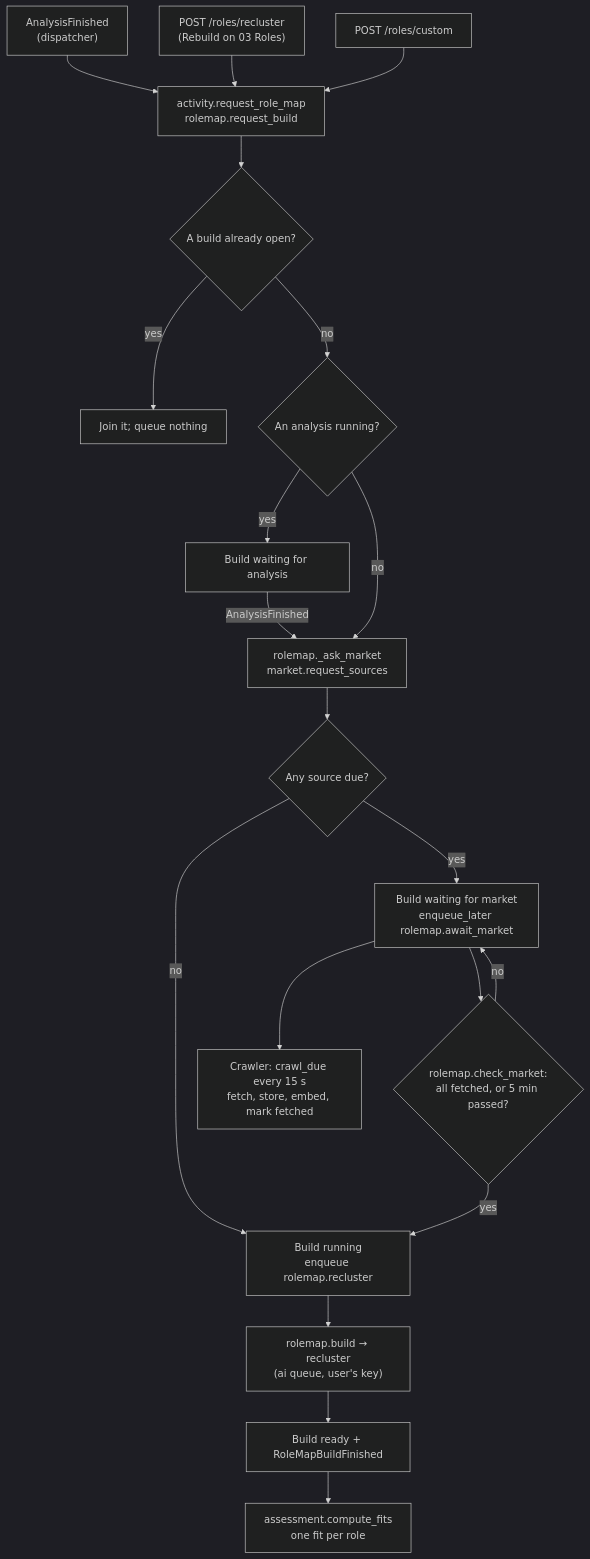
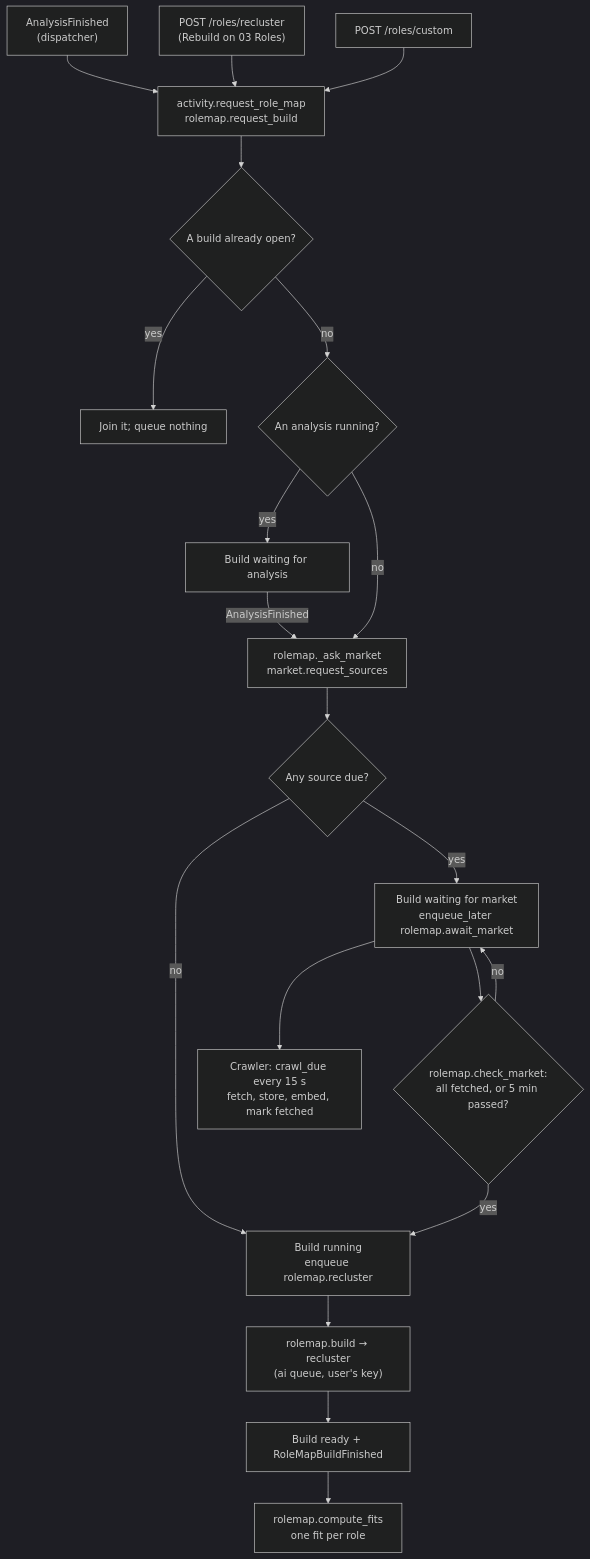
Before and after one commit to ycc789741ycc/career-polaris: the diagram in docs/technical/role-map-build.md, drawn with Mermaid (dark theme). The commit also changed other lines of this file and 69 other files, not shown here.

First line of the commit message:
refactor: score the fit in the role map, against the scores handed over

````diff
--- a/docs/technical/role-map-build.md
+++ b/docs/technical/role-map-build.md
@@ -15,26 +15,26 @@
 ```mermaid
 flowchart TD
     Analysis["AnalysisFinished<br>(dispatcher)"] --> Request
     Rebuild["POST /roles/recluster<br>(Rebuild on 03 Roles)"] --> Request
     Custom["POST /roles/custom"] --> Request
 
     Request["activity.request_role_map<br>rolemap.request_build"] --> Open{"A build already open?"}
     Open -->|"yes"| Join["Join it; queue nothing"]
     Open -->|"no"| Analysing{"An analysis running?"}
     Analysing -->|"yes"| WaitAnalysis["Build waiting for analysis"]
     WaitAnalysis -->|"AnalysisFinished"| Ask
     Analysing -->|"no"| Ask["rolemap._ask_market<br>market.request_sources"]
 
     Ask --> Due{"Any source due?"}
     Due -->|"no"| Start["Build running<br>enqueue rolemap.recluster"]
     Due -->|"yes"| WaitMarket["Build waiting for market<br>enqueue_later rolemap.await_market"]
 
     WaitMarket --> Crawler["Crawler: crawl_due every 15 s<br>fetch, store, embed, mark fetched"]
     WaitMarket --> Check{"rolemap.check_market:<br>all fetched, or 5 min passed?"}
     Check -->|"no"| WaitMarket
     Check -->|"yes"| Start
 
     Start --> Build["rolemap.build → recluster<br>(ai queue, user's key)"]
     Build --> Finished["Build ready + RoleMapBuildFinished"]
-    Finished --> Fits["assessment.compute_fits<br>one fit per role"]
+    Finished --> Fits["rolemap.compute_fits<br>one fit per role"]
 ```
````
